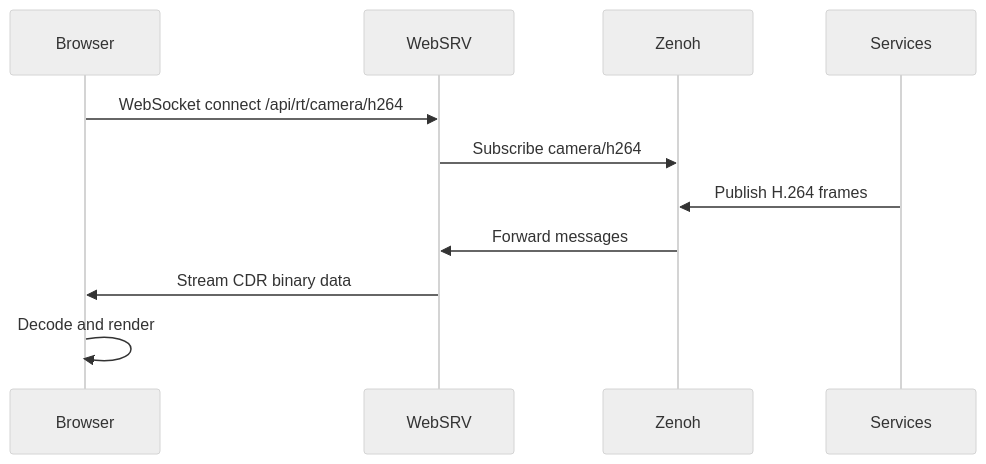
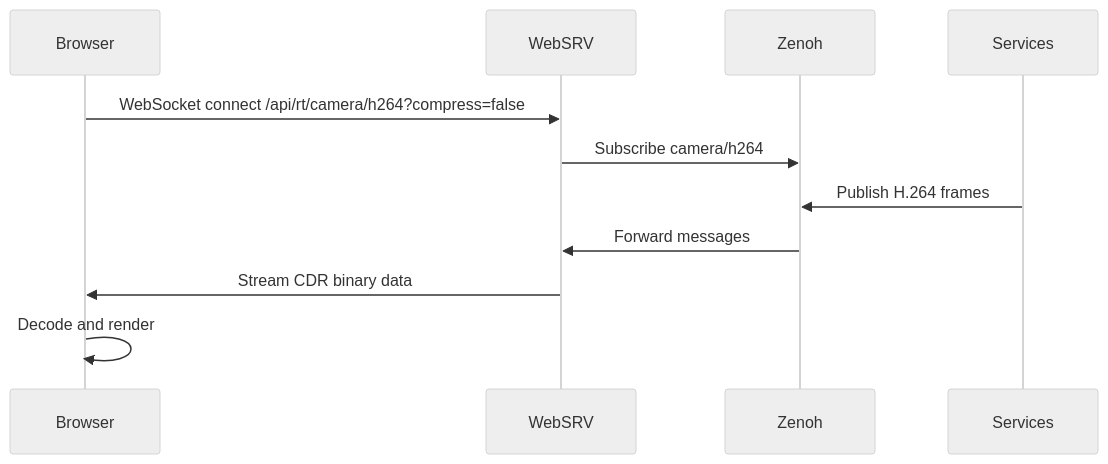
Before and after one commit to EdgeFirstAI/webui: the second of 6 diagrams in ARCHITECTURE.md, drawn with Mermaid (neutral theme). The commit also changed other lines of this file and 2 other files, not shown here.

Commit message:
EDGEAI-1396: Default camera mirror to Both and align docs

````diff
--- a/ARCHITECTURE.md
+++ b/ARCHITECTURE.md
@@ -78,14 +78,14 @@
 ```mermaid
 sequenceDiagram
     participant B as Browser
     participant W as WebSRV
     participant Z as Zenoh
     participant S as Services
 
-    B->>W: WebSocket connect /api/rt/camera/h264
+    B->>W: WebSocket connect /api/rt/camera/h264?compress=false
     W->>Z: Subscribe camera/h264
     S->>Z: Publish H.264 frames
     Z->>W: Forward messages
     W->>B: Stream CDR binary data
     B->>B: Decode and render
 ```
````
